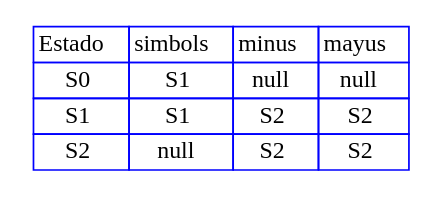
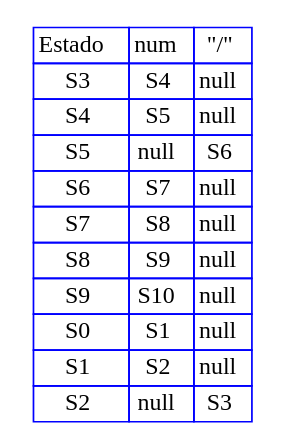
Before and after one commit to RojasCJP/Proyecto1_Compi1: the diagram in out/production/Proyecto1/Graphviz/Transiciones27.dot, drawn with Graphviz. The commit also changed 465 other files, not shown here.

```diff
--- a/out/production/Proyecto1/Graphviz/Transiciones27.dot
+++ b/out/production/Proyecto1/Graphviz/Transiciones27.dot
@@ -1,16 +1,23 @@
 digraph {
 
   tbl [
 
     shape=plaintext
     label=<
       <table border='0' cellborder='1' color='blue' cellspacing='0'>
-<tr><td>Estado</td><td>simbols</td><td>minus</td><td>mayus</td></tr>
-<tr><td>S0</td><td>S1</td><td>null</td><td>null</td></tr>
-<tr><td>S1</td><td>S1</td><td>S2</td><td>S2</td></tr>
-<tr><td>S2</td><td>null</td><td>S2</td><td>S2</td></tr>
+<tr><td>Estado</td><td>num</td><td>"/"</td></tr>
+<tr><td>S3</td><td>S4</td><td>null</td></tr>
+<tr><td>S4</td><td>S5</td><td>null</td></tr>
+<tr><td>S5</td><td>null</td><td>S6</td></tr>
+<tr><td>S6</td><td>S7</td><td>null</td></tr>
+<tr><td>S7</td><td>S8</td><td>null</td></tr>
+<tr><td>S8</td><td>S9</td><td>null</td></tr>
+<tr><td>S9</td><td>S10</td><td>null</td></tr>
+<tr><td>S0</td><td>S1</td><td>null</td></tr>
+<tr><td>S1</td><td>S2</td><td>null</td></tr>
+<tr><td>S2</td><td>null</td><td>S3</td></tr>
 </table>
 
     >];
 
 }
```
